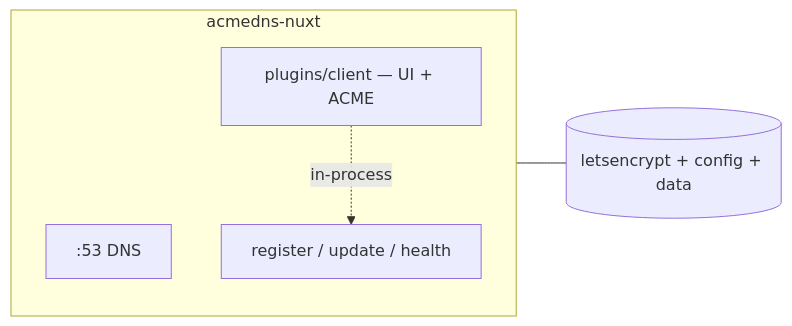
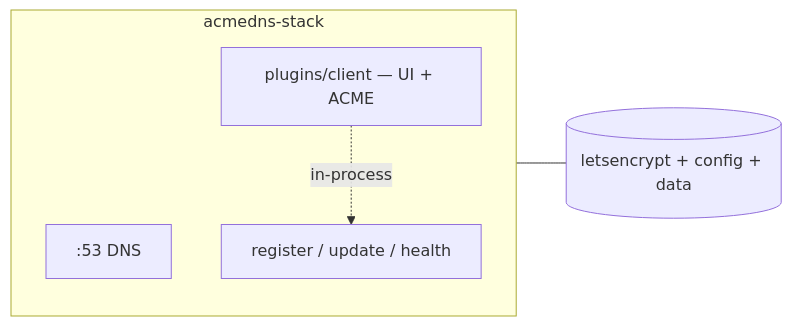
The third of 3 diagrams in blog/from-two-services-to-one.md (HariantoAtWork/dns01-proxy), drawn with Mermaid before and after one commit. The commit also changed other lines of this file and 27 other files, not shown here.

Commit message:
string replace `amcedns-nuxt` to `acmedns-stack` what could go wrong?

````diff
--- a/blog/from-two-services-to-one.md
+++ b/blog/from-two-services-to-one.md
@@ -159,14 +159,14 @@
 ```mermaid
 flowchart LR
-  subgraph one["acmedns-nuxt"]
+  subgraph one["acmedns-stack"]
     direction TB
     dns[":53 DNS"]
     api["register / update / health"]
     ui["plugins/client — UI + ACME"]
   end
 
   vol[(letsencrypt + config + data)]
 
   ui -.->|in-process| api
   one --- vol
 ```
````
